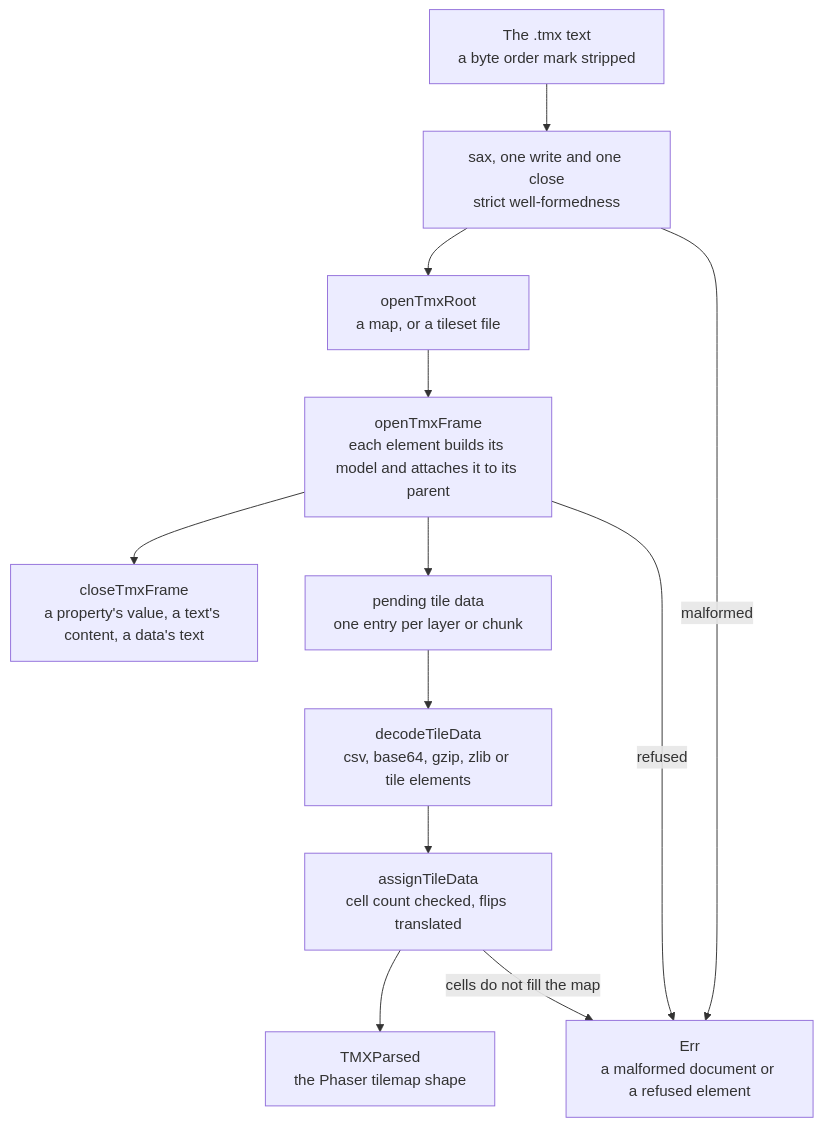
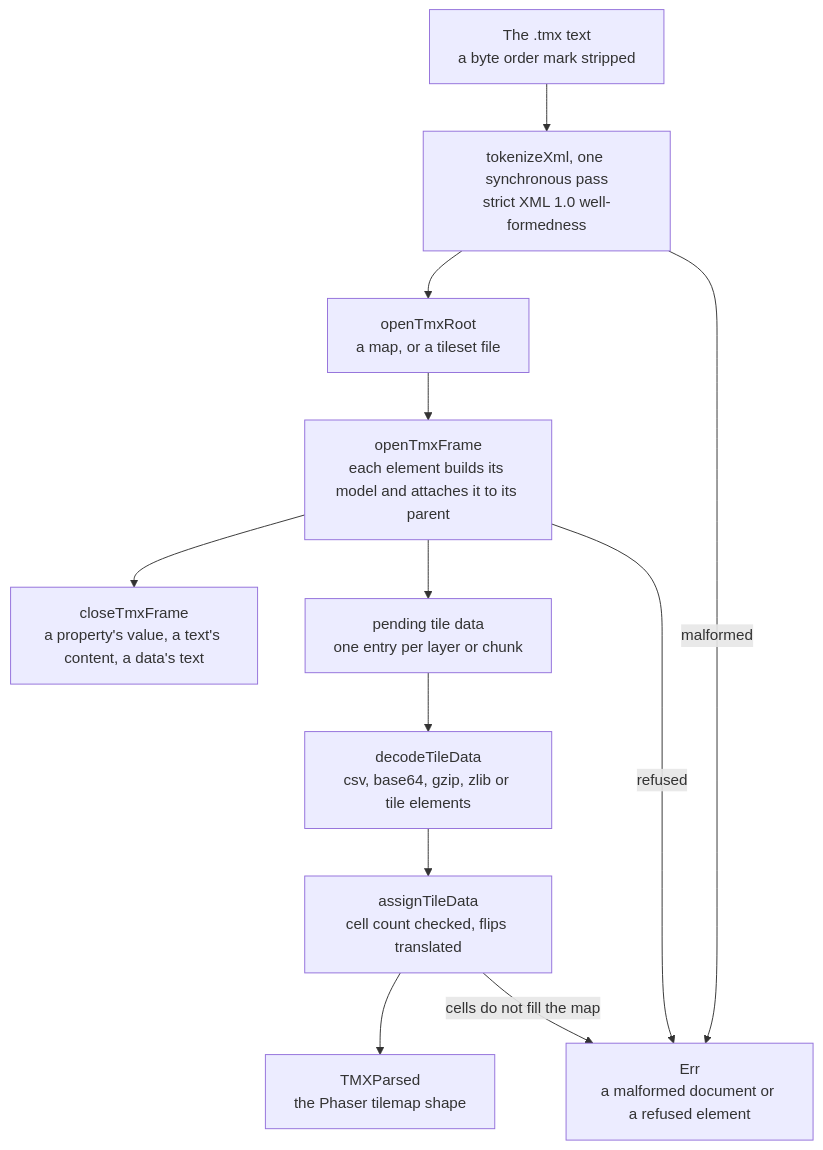
Before and after one commit to Esposter/Esposter: the diagram in openspec/specs/parse-tmx/README.md, drawn with Mermaid. The commit also changed other lines of this file and 16 other files, not shown here.

````diff
--- a/openspec/specs/parse-tmx/README.md
+++ b/openspec/specs/parse-tmx/README.md
@@ -11,19 +11,19 @@
 ```mermaid
 flowchart TD
   xml["The .tmx text<br/>a byte order mark stripped"]
-  sax["sax, one write and one close<br/>strict well-formedness"]
+  tokenizer["tokenizeXml, one synchronous pass<br/>strict XML 1.0 well-formedness"]
   root["openTmxRoot<br/>a map, or a tileset file"]
   open["openTmxFrame<br/>each element builds its model and attaches it to its parent"]
   close["closeTmxFrame<br/>a property's value, a text's content, a data's text"]
   pending["pending tile data<br/>one entry per layer or chunk"]
   decode["decodeTileData<br/>csv, base64, gzip, zlib or tile elements"]
   assign["assignTileData<br/>cell count checked, flips translated"]
   parsed["TMXParsed<br/>the Phaser tilemap shape"]
   failed["Err<br/>a malformed document or a refused element"]
-  xml --> sax --> root --> open
+  xml --> tokenizer --> root --> open
   open --> close
   open --> pending --> decode --> assign --> parsed
-  sax -->|malformed| failed
+  tokenizer -->|malformed| failed
   open -->|refused| failed
   assign -->|cells do not fill the map| failed
 ```
````
